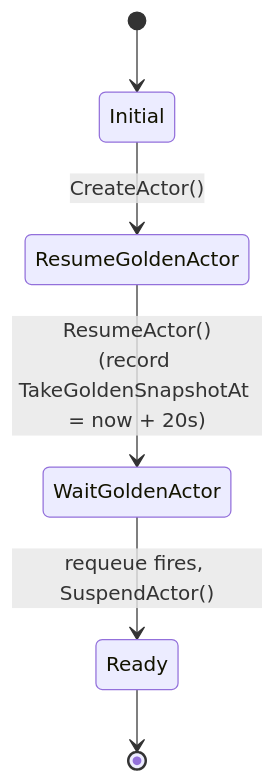
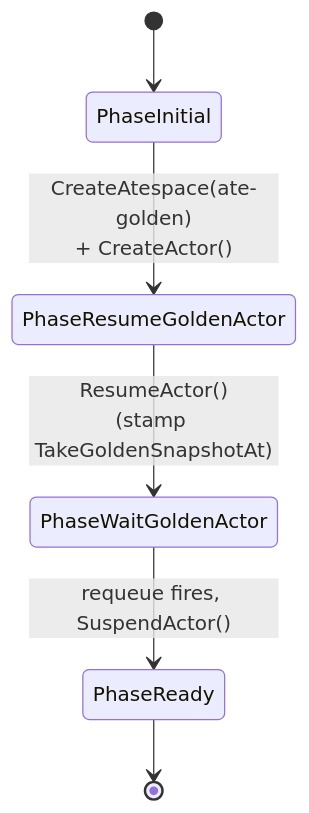
One commit to christian-posta/substrate changed the second of 2 diagrams in atlas/src/content/docs/components/atecontroller.mdx. Above: the diagram before and after it, drawn with Mermaid. The commit also changed other lines of this file and 28 other files, not shown here.

````diff
--- a/atlas/src/content/docs/components/atecontroller.mdx
+++ b/atlas/src/content/docs/components/atecontroller.mdx
@@ -72,8 +88,8 @@
 ```mermaid
 stateDiagram-v2
-  [*] --> Initial
-  Initial --> ResumeGoldenActor: CreateActor()
-  ResumeGoldenActor --> WaitGoldenActor: ResumeActor()<br/>(record TakeGoldenSnapshotAt = now + 20s)
-  WaitGoldenActor --> Ready: requeue fires, SuspendActor()
-  Ready --> [*]
+  [*] --> PhaseInitial
+  PhaseInitial --> PhaseResumeGoldenActor: CreateAtespace(ate-golden)<br/>+ CreateActor()
+  PhaseResumeGoldenActor --> PhaseWaitGoldenActor: ResumeActor()<br/>(stamp TakeGoldenSnapshotAt)
+  PhaseWaitGoldenActor --> PhaseReady: requeue fires, SuspendActor()
+  PhaseReady --> [*]
 ```
````
